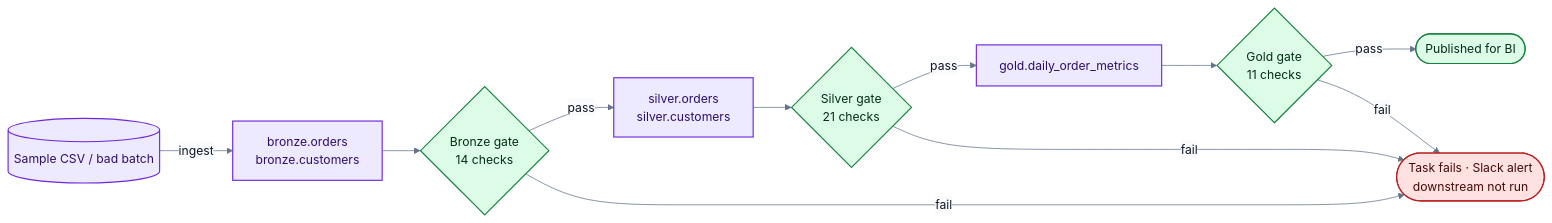
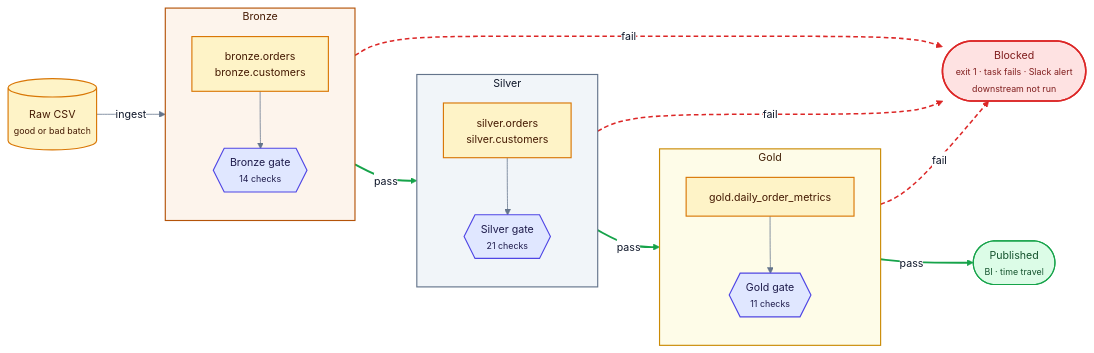
One commit to santoshshinde2012/lakehouse-quality-gates changed the second of 7 diagrams in docs/architecture.md. Above: the diagram before and after it, drawn with Mermaid. The commit also changed other lines of this file and 38 other files, not shown here.

Commit message:
docs: mermaid-only diagrams with professional theme

````diff
--- a/docs/architecture.md
+++ b/docs/architecture.md
@@ -142,25 +115,46 @@
 ```mermaid
-%%{init: {"theme": "base", "themeVariables": {"fontFamily": "Inter, Segoe UI, Helvetica, Arial, sans-serif", "lineColor": "#64748b", "primaryTextColor": "#0f172a", "primaryColor": "#e0e7ff", "primaryBorderColor": "#4338ca", "secondaryColor": "#dcfce7", "tertiaryColor": "#f8fafc", "edgeLabelBackground": "#f8fafc", "actorBkg": "#e0e7ff", "actorBorder": "#4338ca", "noteBkgColor": "#fef3c7", "noteBorderColor": "#b45309", "signalColor": "#334155", "signalTextColor": "#0f172a"}}}%%
+%%{init: {'theme':'base','themeVariables':{'fontFamily':'Inter, system-ui, -apple-system, Segoe UI, Helvetica, Arial, sans-serif','fontSize':'14px','primaryColor':'#eef2ff','primaryTextColor':'#0f172a','primaryBorderColor':'#6366f1','secondaryColor':'#f1f5f9','secondaryTextColor':'#0f172a','secondaryBorderColor':'#94a3b8','tertiaryColor':'#f8fafc','tertiaryTextColor':'#0f172a','tertiaryBorderColor':'#cbd5e1','lineColor':'#64748b','textColor':'#0f172a','nodeTextColor':'#0f172a','titleColor':'#0f172a','clusterBkg':'#f8fafc','clusterBorder':'#94a3b8','edgeLabelBackground':'#ffffff','noteBkgColor':'#fef9c3','noteTextColor':'#422006','noteBorderColor':'#ca8a04','actorBkg':'#eef2ff','actorBorder':'#6366f1','actorTextColor':'#1e1b4b','actorLineColor':'#94a3b8','signalColor':'#334155','signalTextColor':'#0f172a','labelBoxBkgColor':'#eef2ff','labelBoxBorderColor':'#6366f1','labelTextColor':'#1e1b4b','loopTextColor':'#1e1b4b','activationBkgColor':'#e0e7ff','activationBorderColor':'#4f46e5','sequenceNumberColor':'#ffffff','classText':'#0f172a'}}}%%
 flowchart LR
-  SRC[("Sample CSV / bad batch")]:::store
-  B["bronze.orders<br/>bronze.customers"]:::store
-  GB{"Bronze gate<br/>14 checks"}:::gate
-  S["silver.orders<br/>silver.customers"]:::store
-  GS{"Silver gate<br/>21 checks"}:::gate
-  G["gold.daily_order_metrics"]:::store
-  GG{"Gold gate<br/>11 checks"}:::gate
-  OK(["Published for BI"]):::gate
-  X(["Task fails · Slack alert<br/>downstream not run"]):::fail
-  SRC -- ingest --> B --> GB
-  GB -- pass --> S --> GS
-  GS -- pass --> G --> GG
-  GG -- pass --> OK
-  GB -- fail --> X
-  GS -- fail --> X
-  GG -- fail --> X
-  classDef ext fill:#e0e7ff,stroke:#4338ca,stroke-width:1.5px,color:#1e1b4b
-  classDef dq fill:#e0f2fe,stroke:#0369a1,stroke-width:1.5px,color:#082f49
-  classDef store fill:#ede9fe,stroke:#6d28d9,stroke-width:1.5px,color:#2e1065
-  classDef gate fill:#dcfce7,stroke:#15803d,stroke-width:1.5px,color:#052e16
-  classDef fail fill:#fee2e2,stroke:#b91c1c,stroke-width:1.5px,color:#450a0a
+  SRC[("Raw CSV<br/><small>good or bad batch</small>")]:::platform
+  subgraph BRZ["Bronze"]
+    direction TB
+    B["bronze.orders<br/>bronze.customers"]:::platform
+    GB{{"Bronze gate<br/><small>14 checks</small>"}}:::app
+  end
+  subgraph SLV["Silver"]
+    direction TB
+    S["silver.orders<br/>silver.customers"]:::platform
+    GS{{"Silver gate<br/><small>21 checks</small>"}}:::app
+  end
+  subgraph GLD["Gold"]
+    direction TB
+    G["gold.daily_order_metrics"]:::platform
+    GG{{"Gold gate<br/><small>11 checks</small>"}}:::app
+  end
+  OK(["Published<br/><small>BI · time travel</small>"]):::pass
+  X(["Blocked<br/><small>exit 1 · task fails · Slack alert<br/>downstream not run</small>"]):::fail
+  SRC -->|ingest| B
+  B --> GB
+  GB -->|pass| S
+  S --> GS
+  GS -->|pass| G
+  G --> GG
+  GG -->|pass| OK
+  GB -->|fail| X
+  GS -->|fail| X
+  GG -->|fail| X
+  classDef entry fill:#e0f2fe,stroke:#0284c7,stroke-width:1.5px,color:#0c4a6e
+  classDef root fill:#e2e8f0,stroke:#475569,stroke-width:1.5px,color:#0f172a
+  classDef app fill:#e0e7ff,stroke:#4f46e5,stroke-width:1.5px,color:#1e1b4b
+  classDef domain fill:#ede9fe,stroke:#7c3aed,stroke-width:1.5px,color:#2e1065
+  classDef adapter fill:#ccfbf1,stroke:#0d9488,stroke-width:1.5px,color:#134e4a
+  classDef platform fill:#fef3c7,stroke:#d97706,stroke-width:1.5px,color:#451a03
+  classDef xcut fill:#f1f5f9,stroke:#64748b,stroke-width:1.5px,stroke-dasharray:4 3,color:#1e293b
+  classDef pass fill:#dcfce7,stroke:#16a34a,stroke-width:1.5px,color:#14532d
+  classDef fail fill:#fee2e2,stroke:#dc2626,stroke-width:2px,color:#7f1d1d
+  style BRZ fill:#fdf4ec,stroke:#b45309,stroke-width:1.5px,color:#451a03
+  style SLV fill:#f1f5f9,stroke:#64748b,stroke-width:1.5px,color:#0f172a
+  style GLD fill:#fefce8,stroke:#ca8a04,stroke-width:1.5px,color:#422006
+  linkStyle 2,4,6 stroke:#16a34a,stroke-width:2.5px
+  linkStyle 7,8,9 stroke:#dc2626,stroke-width:2px,stroke-dasharray:6 4
 ```
````
